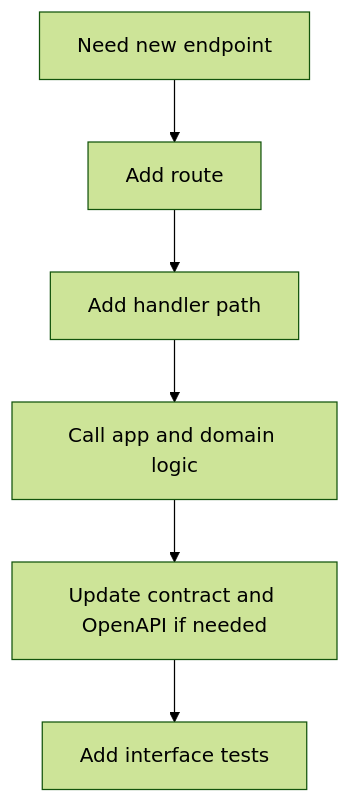
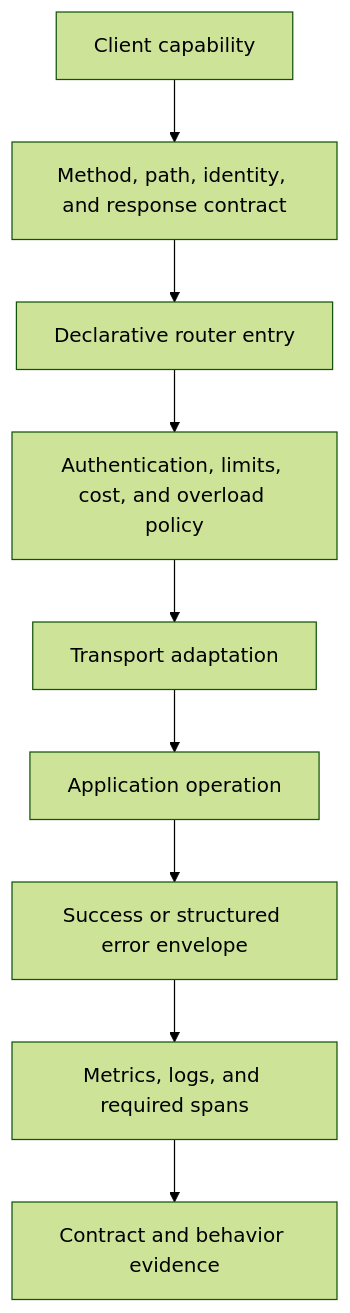
The first of 3 diagrams in docs/bijux-atlas-dev/automation/adding-http-surface.md (bijux/bijux-atlas), drawn with Mermaid (forest theme) before and after one commit. The commit also changed other lines of this file and 2 other files, not shown here.

Commit message:
docs(extensions): define governed CLI HTTP and contract changes

````diff
--- a/docs/bijux-atlas-dev/automation/adding-http-surface.md
+++ b/docs/bijux-atlas-dev/automation/adding-http-surface.md
@@ -16,8 +19,11 @@
 ```mermaid
 flowchart TD
-    Need[Need new endpoint] --> Route[Add route]
-    Route --> Handler[Add handler path]
-    Handler --> App[Call app and domain logic]
-    App --> Contract[Update contract and OpenAPI if needed]
-    Contract --> Tests[Add interface tests]
+    Need[Client capability] --> Contract[Method, path, identity, and response contract]
+    Contract --> Route[Declarative router entry]
+    Route --> Policy[Authentication, limits, cost, and overload policy]
+    Policy --> Handler[Transport adaptation]
+    Handler --> App[Application operation]
+    App --> Present[Success or structured error envelope]
+    Present --> Signals[Metrics, logs, and required spans]
+    Signals --> Evidence[Contract and behavior evidence]
 ```
````
